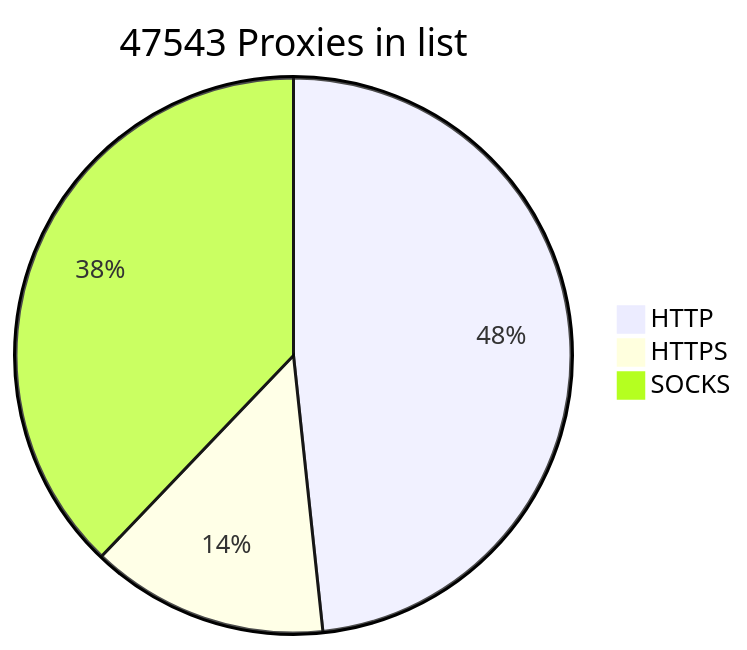
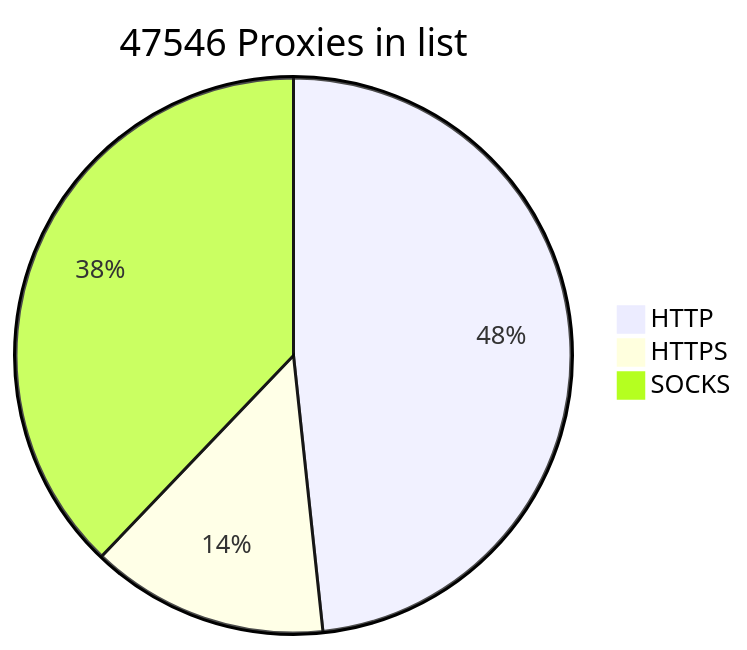
The diagram in README.md (BlackSnowDot/proxylist-update-every-minute), drawn with Mermaid before and after one commit.

````diff
--- a/README.md
+++ b/README.md
@@ -2,6 +2,6 @@
 ```mermaid
-pie title 47543 Proxies in list
+pie title 47546 Proxies in list
     "HTTP" : 25686
     "HTTPS": 7354
-    "SOCKS" : 20128
+    "SOCKS" : 20131
 ```
````
